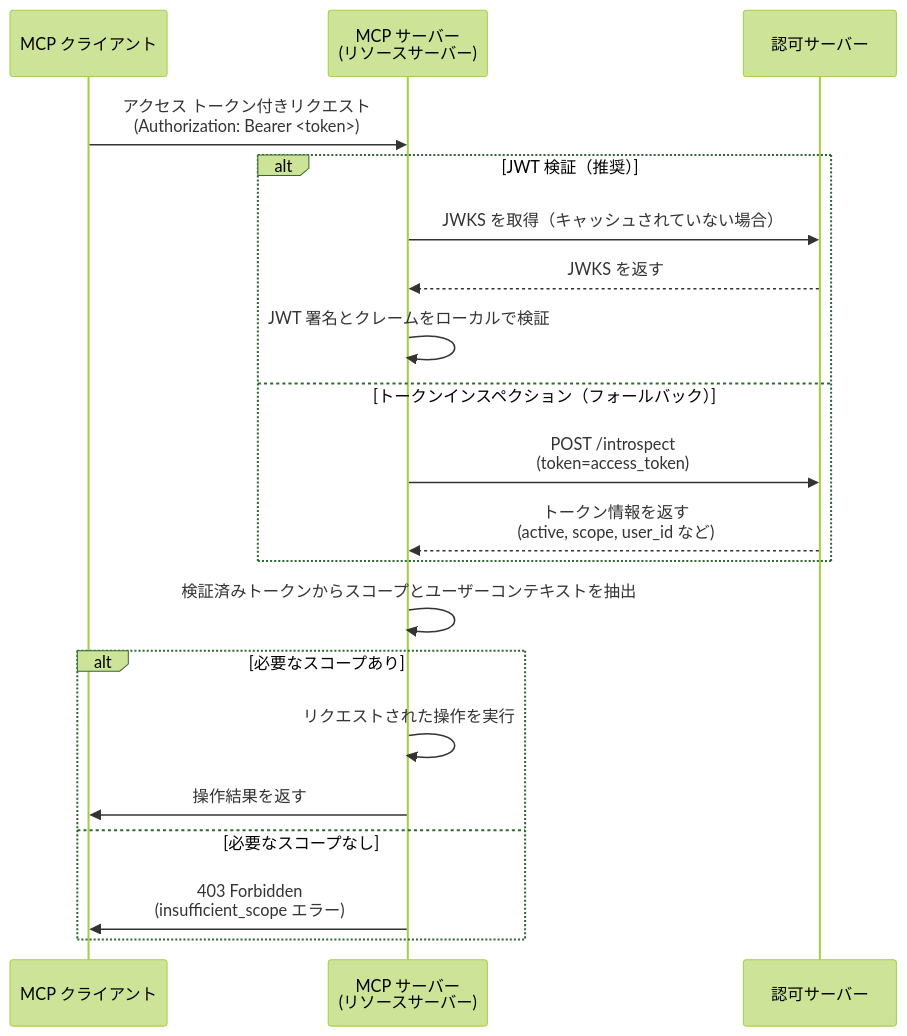
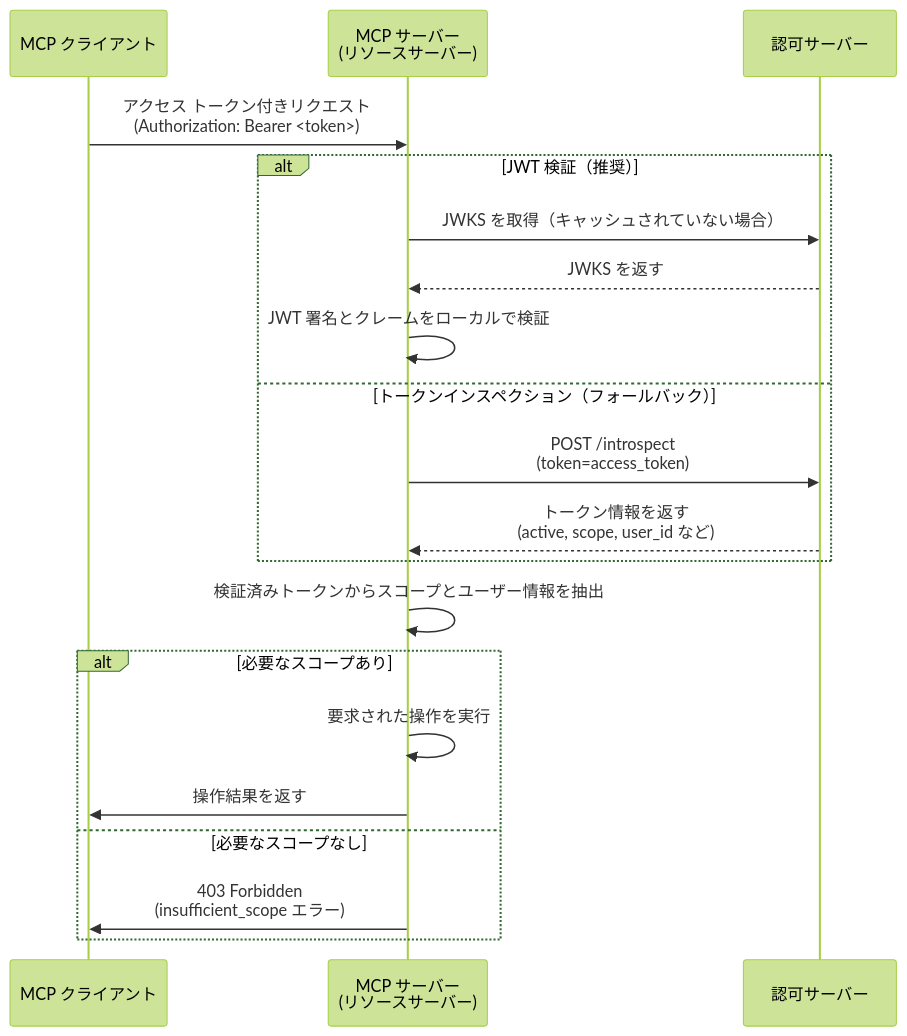
One commit to mcp-auth/docs changed the second of 2 diagrams in i18n/ja/docusaurus-plugin-content-docs/current/tutorials/todo-manager/README.mdx. Above: the diagram before and after it, drawn with Mermaid (forest theme). The commit also changed other lines of this file and 53 other files, not shown here.

````diff
--- a/i18n/ja/docusaurus-plugin-content-docs/current/tutorials/todo-manager/README.mdx
+++ b/i18n/ja/docusaurus-plugin-content-docs/current/tutorials/todo-manager/README.mdx
@@ -132,26 +136,26 @@
 ```mermaid
 sequenceDiagram
     participant Client as MCP クライアント
     participant Server as MCP サーバー<br/>(リソースサーバー)
     participant Auth as 認可サーバー
 
     Client->>Server: アクセス トークン付きリクエスト<br/>(Authorization: Bearer <token>)
 
     alt JWT 検証（推奨）
         Server->>Auth: JWKS を取得（キャッシュされていない場合）
         Auth-->>Server: JWKS を返す
         Server->>Server: JWT 署名とクレームをローカルで検証
     else トークンインスペクション（フォールバック）
         Server->>Auth: POST /introspect<br/>(token=access_token)
         Auth-->>Server: トークン情報を返す<br/>(active, scope, user_id など)
     end
 
-    Server->>Server: 検証済みトークンからスコープとユーザーコンテキストを抽出
+    Server->>Server: 検証済みトークンからスコープとユーザー情報を抽出
 
     alt 必要なスコープあり
-        Server->>Server: リクエストされた操作を実行
+        Server->>Server: 要求された操作を実行
         Server->>Client: 操作結果を返す
     else 必要なスコープなし
         Server->>Client: 403 Forbidden<br/>(insufficient_scope エラー)
     end
 ```
````
